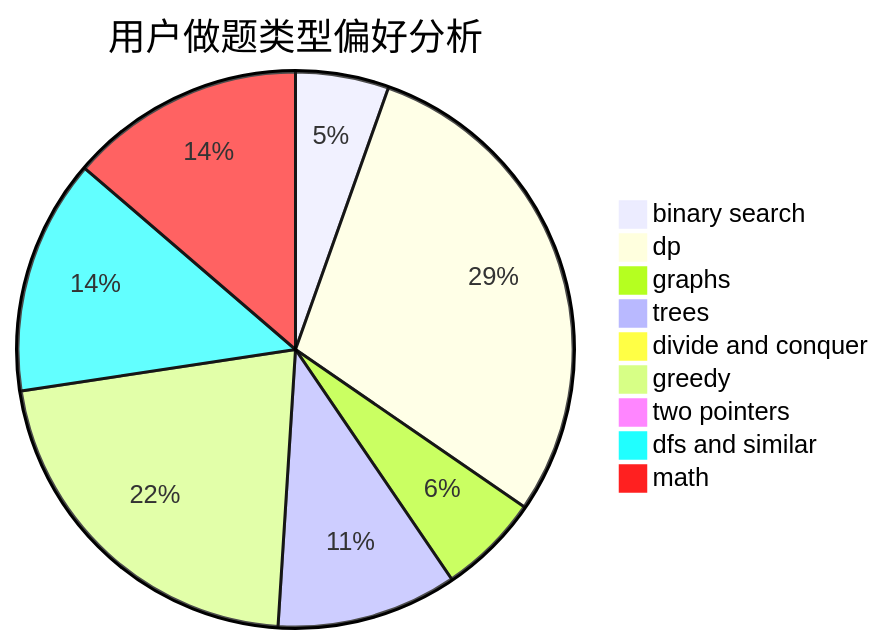
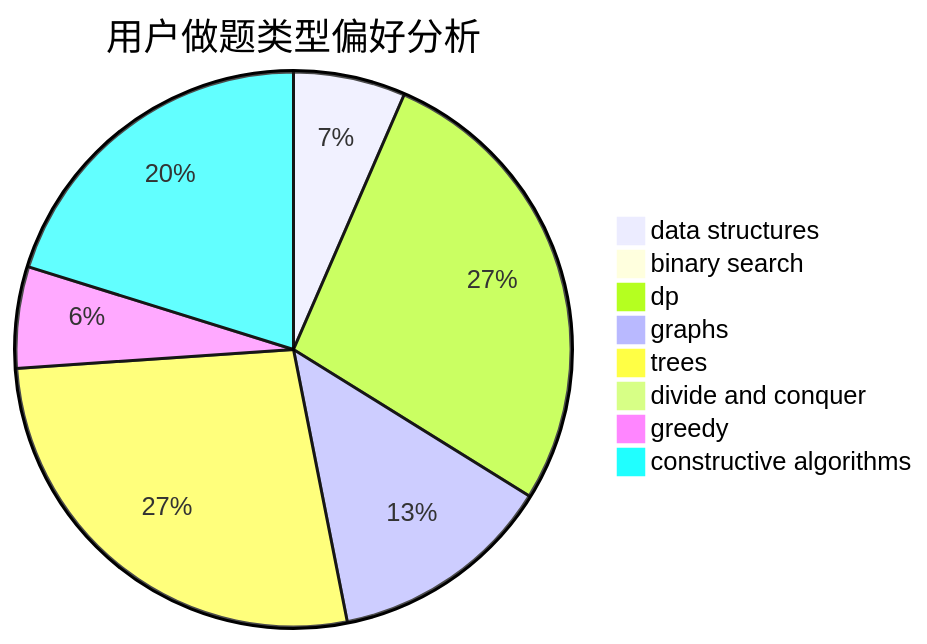
Before and after one commit to sherpahu/cfrs.github.io: the second of 3 diagrams in docs/user/u1910.md, drawn with Mermaid. The commit also changed other lines of this file and 2775 other files, not shown here.

````diff
--- a/docs/user/u1910.md
+++ b/docs/user/u1910.md
@@ -23,12 +23,11 @@
 ```mermaid
 pie title 用户做题类型偏好分析
-    "binary search" :  46
-    "dp" :  247
-    "graphs" :  50
-    "trees" :  89
+    "data structures" :  21
+    "binary search" :  0
+    "dp" :  88
+    "graphs" :  42
+    "trees" :  87
     "divide and conquer" :  0
-    "greedy" :  183
-    "two pointers" :  0
-    "dfs and similar" :  116
-    "math" :  116
+    "greedy" :  19
+    "constructive algorithms" :  65
 ```
````
